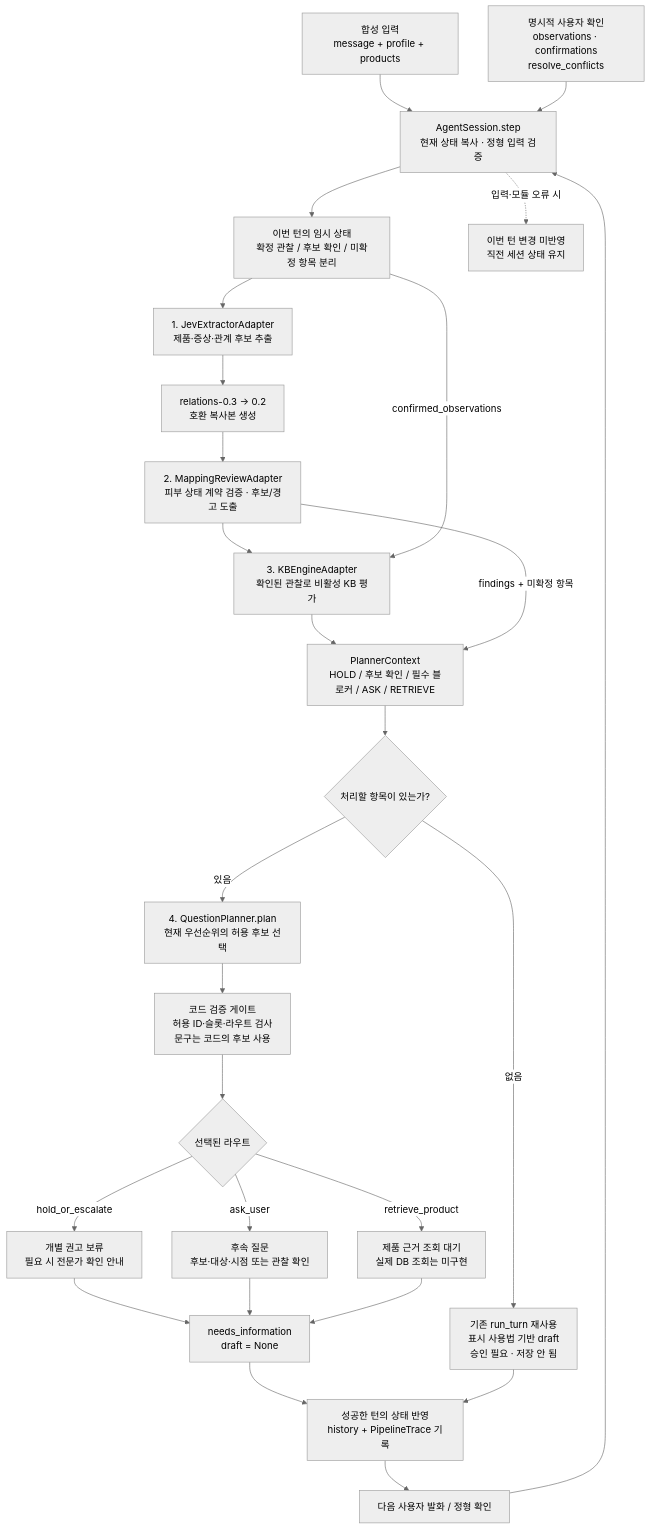
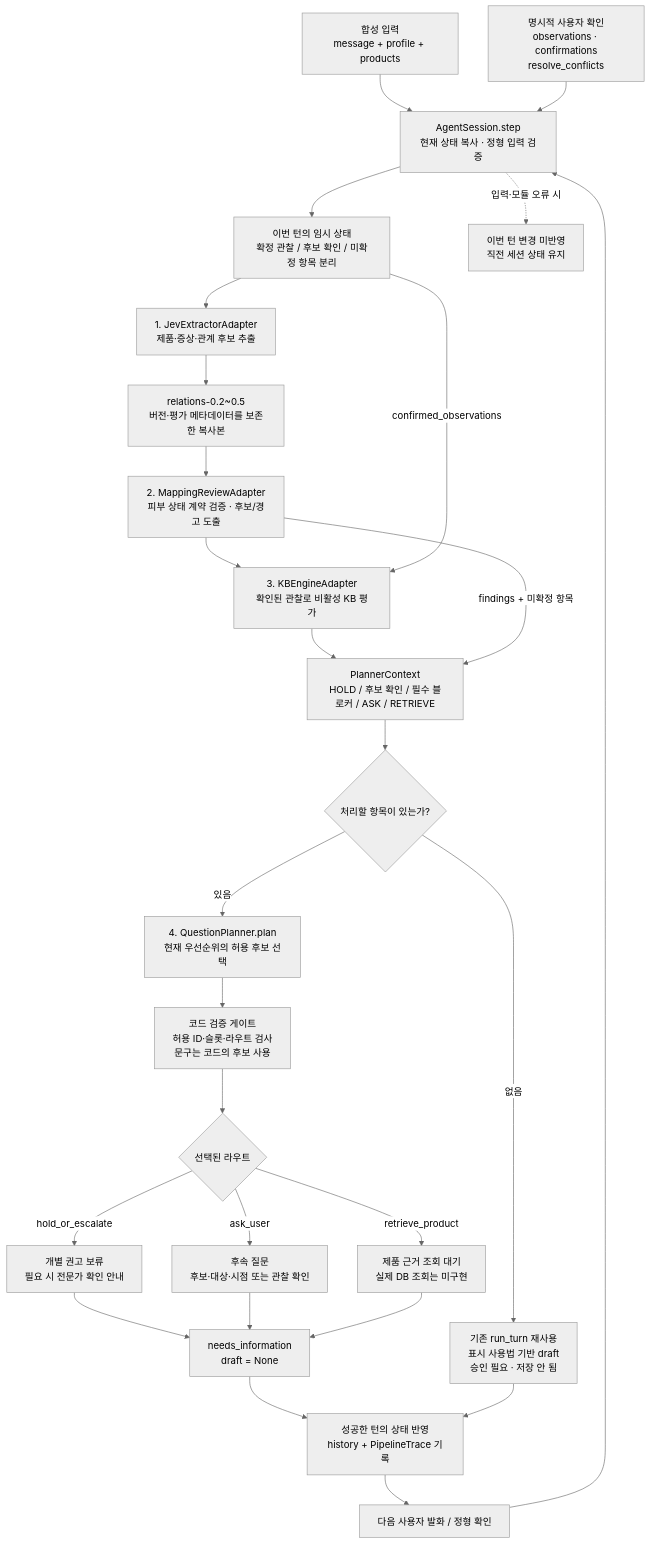
The first of 2 diagrams in courses/ai-applications/experiments/cos-agent/docs/modular-agent-loop.md (rnehdud/ppopy), drawn with Mermaid (neutral theme) before and after one commit. The commit also changed other lines of this file and 2 other files, not shown here.

Commit message:
fix: preserve current Jev schemas after syncing main

````diff
--- a/courses/ai-applications/experiments/cos-agent/docs/modular-agent-loop.md
+++ b/courses/ai-applications/experiments/cos-agent/docs/modular-agent-loop.md
@@ -9,29 +9,29 @@
 ```mermaid
 flowchart TD
     Input["합성 입력<br/>message + profile + products"] --> Session["AgentSession.step<br/>현재 상태 복사 · 정형 입력 검증"]
     Update["명시적 사용자 확인<br/>observations · confirmations<br/>resolve_conflicts"] --> Session
     Session --> State["이번 턴의 임시 상태<br/>확정 관찰 / 후보 확인 / 미확정 항목 분리"]
     State --> Jev["1. JevExtractorAdapter<br/>제품·증상·관계 후보 추출"]
-    Jev --> Bridge["relations-0.3 → 0.2<br/>호환 복사본 생성"]
+    Jev --> Bridge["relations-0.2~0.5<br/>버전·평가 메타데이터를 보존한 복사본"]
     Bridge --> Mapping["2. MappingReviewAdapter<br/>피부 상태 계약 검증 · 후보/경고 도출"]
     Mapping --> KB["3. KBEngineAdapter<br/>확인된 관찰로 비활성 KB 평가"]
     State -->|"confirmed_observations"| KB
     KB --> Context["PlannerContext<br/>HOLD / 후보 확인 / 필수 블로커 / ASK / RETRIEVE"]
     Mapping -->|"findings + 미확정 항목"| Context
     Context --> Remaining{"처리할 항목이 있는가?"}
     Remaining -->|"있음"| Planner["4. QuestionPlanner.plan<br/>현재 우선순위의 허용 후보 선택"]
     Planner --> Gate["코드 검증 게이트<br/>허용 ID·슬롯·라우트 검사<br/>문구는 코드의 후보 사용"]
     Gate --> Route{"선택된 라우트"}
     Route -->|"hold_or_escalate"| Hold["개별 권고 보류<br/>필요 시 전문가 확인 안내"]
     Route -->|"ask_user"| Ask["후속 질문<br/>후보·대상·시점 또는 관찰 확인"]
     Route -->|"retrieve_product"| Retrieve["제품 근거 조회 대기<br/>실제 DB 조회는 미구현"]
     Remaining -->|"없음"| Draft["기존 run_turn 재사용<br/>표시 사용법 기반 draft<br/>승인 필요 · 저장 안 됨"]
     Hold --> Needs["needs_information<br/>draft = None"]
     Ask --> Needs
     Retrieve --> Needs
     Needs --> Commit["성공한 턴의 상태 반영<br/>history + PipelineTrace 기록"]
     Draft --> Commit
     Commit --> Next["다음 사용자 발화 / 정형 확인"]
     Next --> Session
     Session -.->|"입력·모듈 오류 시"| Error["이번 턴 변경 미반영<br/>직전 세션 상태 유지"]
 ```
````
